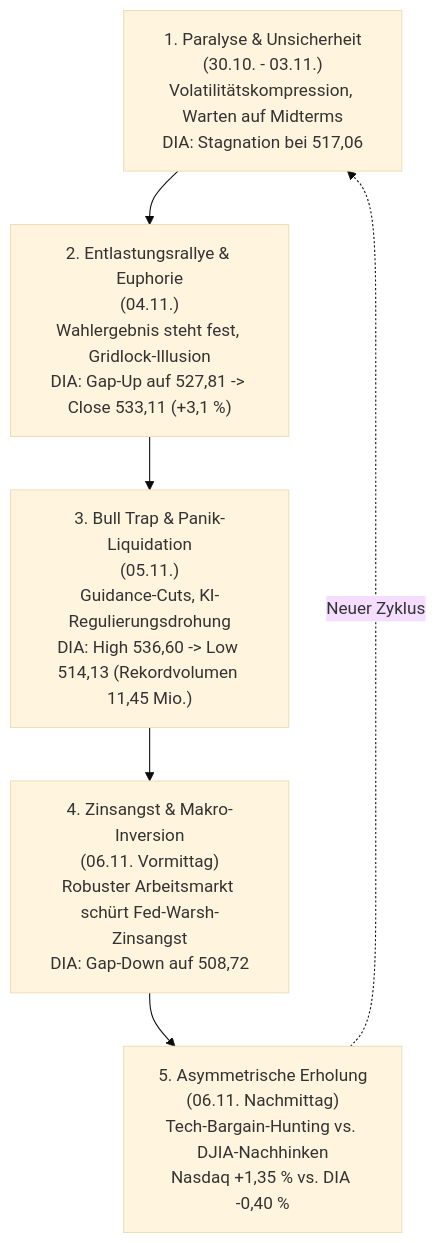
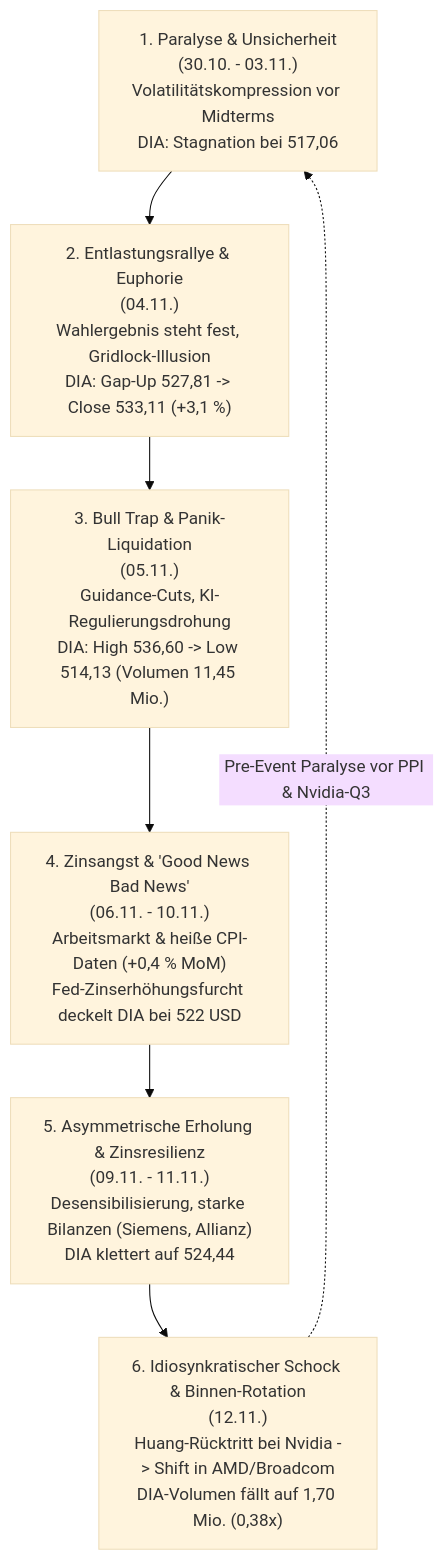
The first of 2 diagrams in okf-regeln/synthese-verhaltensregeln.md (rhigazi/newscheck), drawn with Mermaid (base theme) before and after one commit. The commit also changed other lines of this file and 11 other files, not shown here.

````diff
--- a/okf-regeln/synthese-verhaltensregeln.md
+++ b/okf-regeln/synthese-verhaltensregeln.md
@@ -30,14 +32,16 @@
 ```mermaid
 flowchart TD
-    Phase1["1. Paralyse & Unsicherheit\n(30.10. - 03.11.)\nVolatilitätskompression, Warten auf Midterms\nDIA: Stagnation bei 517,06"]
-    Phase2["2. Entlastungsrallye & Euphorie\n(04.11.)\nWahlergebnis steht fest, Gridlock-Illusion\nDIA: Gap-Up auf 527,81 -> Close 533,11 (+3,1 %)"]
-    Phase3["3. Bull Trap & Panik-Liquidation\n(05.11.)\nGuidance-Cuts, KI-Regulierungsdrohung\nDIA: High 536,60 -> Low 514,13 (Rekordvolumen 11,45 Mio.)"]
-    Phase4["4. Zinsangst & Makro-Inversion\n(06.11. Vormittag)\nRobuster Arbeitsmarkt schürt Fed-Warsh-Zinsangst\nDIA: Gap-Down auf 508,72"]
-    Phase5["5. Asymmetrische Erholung\n(06.11. Nachmittag)\nTech-Bargain-Hunting vs. DJIA-Nachhinken\nNasdaq +1,35 % vs. DIA -0,40 %"]
+    Phase1["1. Paralyse & Unsicherheit\n(30.10. - 03.11.)\nVolatilitätskompression vor Midterms\nDIA: Stagnation bei 517,06"]
+    Phase2["2. Entlastungsrallye & Euphorie\n(04.11.)\nWahlergebnis steht fest, Gridlock-Illusion\nDIA: Gap-Up 527,81 -> Close 533,11 (+3,1 %)"]
+    Phase3["3. Bull Trap & Panik-Liquidation\n(05.11.)\nGuidance-Cuts, KI-Regulierungsdrohung\nDIA: High 536,60 -> Low 514,13 (Volumen 11,45 Mio.)"]
+    Phase4["4. Zinsangst & 'Good News Bad News'\n(06.11. - 10.11.)\nArbeitsmarkt & heiße CPI-Daten (+0,4 % MoM)\nFed-Zinserhöhungsfurcht deckelt DIA bei 522 USD"]
+    Phase5["5. Asymmetrische Erholung & Zinsresilienz\n(09.11. - 11.11.)\nDesensibilisierung, starke Bilanzen (Siemens, Allianz)\nDIA klettert auf 524,44"]
+    Phase6["6. Idiosynkratischer Schock & Binnen-Rotation\n(12.11.)\nHuang-Rücktritt bei Nvidia -> Shift in AMD/Broadcom\nDIA-Volumen fällt auf 1,70 Mio. (0,38x)"]
 
     Phase1 --> Phase2
     Phase2 --> Phase3
     Phase3 --> Phase4
     Phase4 --> Phase5
-    Phase5 -.->|Neuer Zyklus| Phase1
+    Phase5 --> Phase6
+    Phase6 -.->|Pre-Event Paralyse vor PPI & Nvidia-Q3| Phase1
 ```
````
